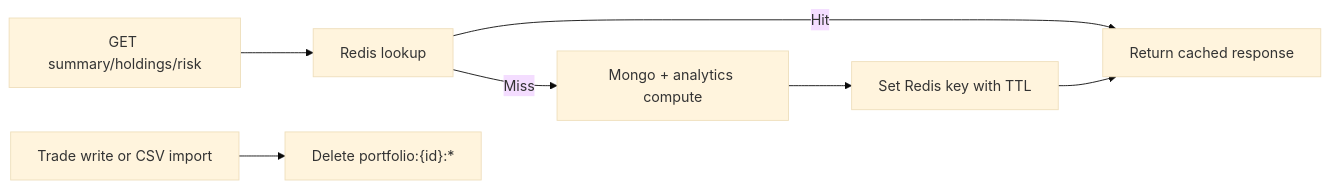
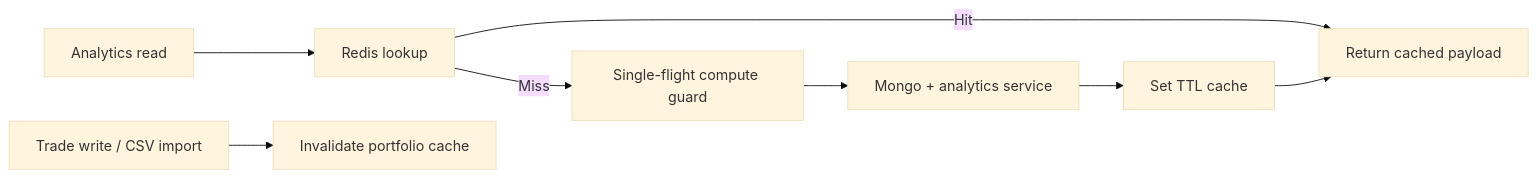
Before and after one commit to SriHarshaRajuY/RiskLens: the fifth of 5 diagrams in README.md, drawn with Mermaid (base theme). The commit also changed other lines of this file and 43 other files, not shown here.

````diff
--- a/README.md
+++ b/README.md
@@ -138,9 +270,10 @@
 ```mermaid
 flowchart LR
-  Request["GET summary/holdings/risk"] --> Lookup["Redis lookup"]
-  Lookup -->|Hit| Return["Return cached response"]
-  Lookup -->|Miss| Compute["Mongo + analytics compute"]
-  Compute --> Store["Set Redis key with TTL"]
+  Read["Analytics read"] --> Lookup["Redis lookup"]
+  Lookup -->|Hit| Return["Return cached payload"]
+  Lookup -->|Miss| Lock["Single-flight compute guard"]
+  Lock --> Compute["Mongo + analytics service"]
+  Compute --> Store["Set TTL cache"]
   Store --> Return
-  TradeWrite["Trade write or CSV import"] --> Invalidate["Delete portfolio:{id}:*"]
+  Write["Trade write / CSV import"] --> Invalidate["Invalidate portfolio cache"]
 ```
````
